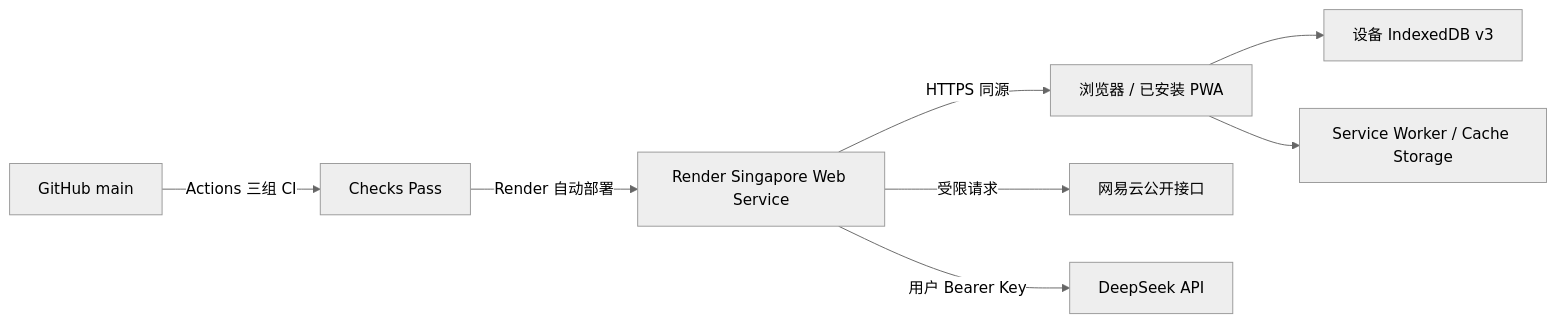
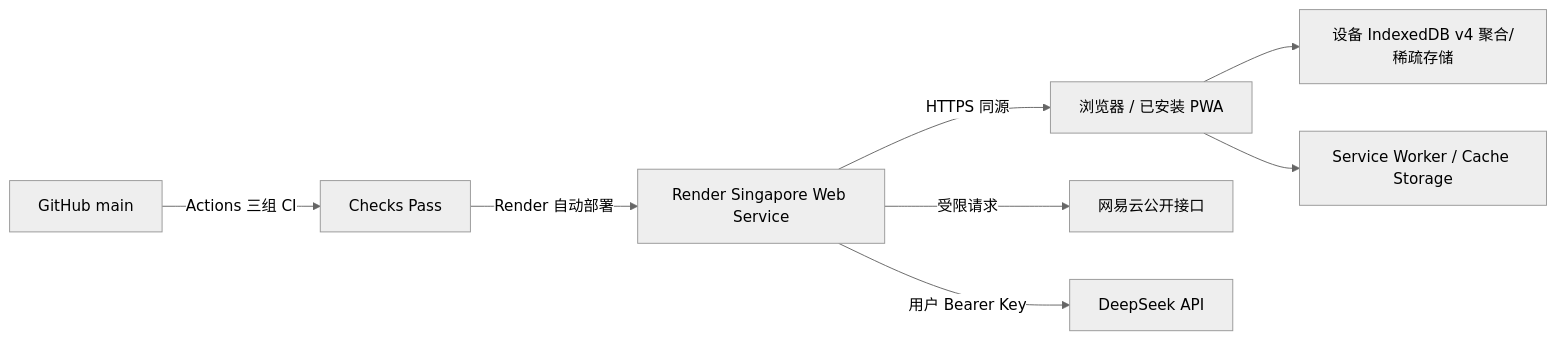
The diagram in docs/stage-d-render-deployment-plan.md (riiiveeer/ANISON), drawn with Mermaid (neutral theme) before and after one commit. The commit also changed other lines of this file and 15 other files, not shown here.

````diff
--- a/docs/stage-d-render-deployment-plan.md
+++ b/docs/stage-d-render-deployment-plan.md
@@ -66,10 +66,10 @@
 ```mermaid
 flowchart LR
     G["GitHub main"] -->|"Actions 三组 CI"| C["Checks Pass"]
     C -->|"Render 自动部署"| R["Render Singapore Web Service"]
     R -->|"HTTPS 同源"| U["浏览器 / 已安装 PWA"]
     R -->|"受限请求"| N["网易云公开接口"]
     R -->|"用户 Bearer Key"| D["DeepSeek API"]
-    U --> I["设备 IndexedDB v3"]
+    U --> I["设备 IndexedDB v4 聚合/稀疏存储"]
     U --> S["Service Worker / Cache Storage"]
 ```
````
